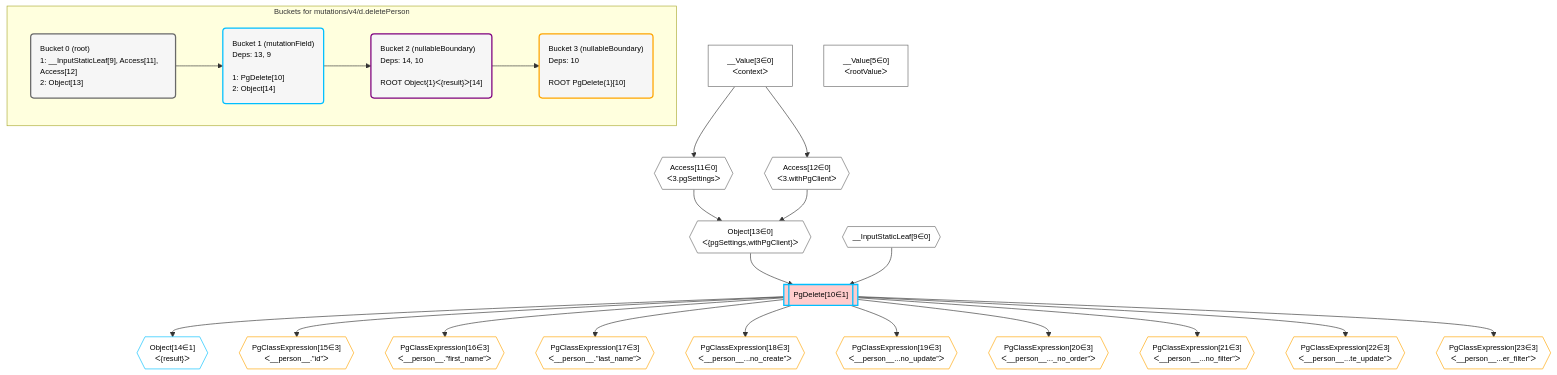
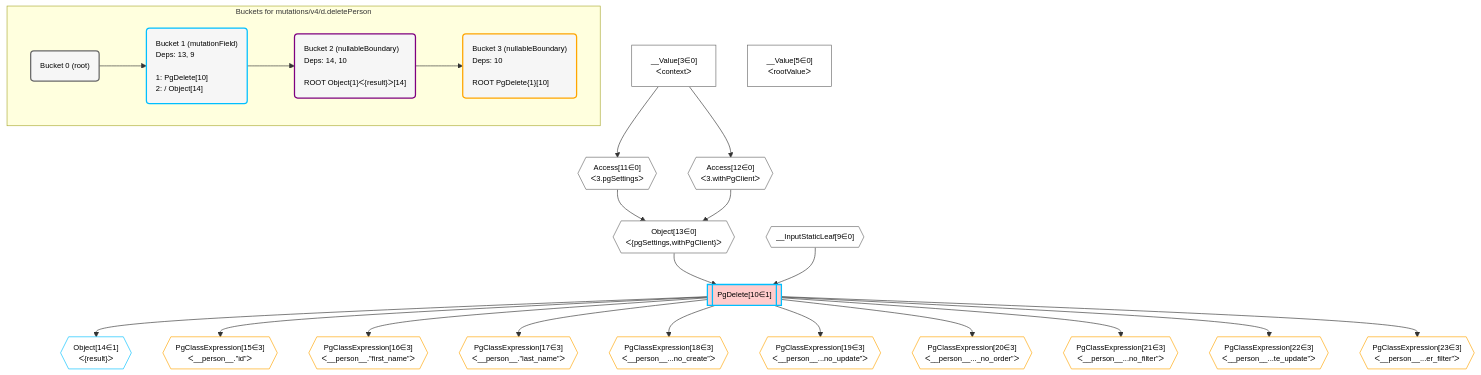
The diagram in postgraphile/postgraphile/__tests__/mutations/v4/d.deletePerson.mermaid (graphile/crystal), drawn with Mermaid before and after one commit. The commit also changed 183 other files, not shown here.

```diff
--- a/postgraphile/postgraphile/__tests__/mutations/v4/d.deletePerson.mermaid
+++ b/postgraphile/postgraphile/__tests__/mutations/v4/d.deletePerson.mermaid
@@ -1,62 +1,62 @@
 %%{init: {'themeVariables': { 'fontSize': '12px'}}}%%
 graph TD
     classDef path fill:#eee,stroke:#000,color:#000
     classDef plan fill:#fff,stroke-width:1px,color:#000
     classDef itemplan fill:#fff,stroke-width:2px,color:#000
     classDef unbatchedplan fill:#dff,stroke-width:1px,color:#000
     classDef sideeffectplan fill:#fcc,stroke-width:2px,color:#000
     classDef bucket fill:#f6f6f6,color:#000,stroke-width:2px,text-align:left
 
 
     %% define steps
     __Value3["__Value[3∈0]<br />ᐸcontextᐳ"]:::plan
     __Value5["__Value[5∈0]<br />ᐸrootValueᐳ"]:::plan
     __InputStaticLeaf9{{"__InputStaticLeaf[9∈0]"}}:::plan
     Access11{{"Access[11∈0]<br />ᐸ3.pgSettingsᐳ"}}:::plan
     Access12{{"Access[12∈0]<br />ᐸ3.withPgClientᐳ"}}:::plan
     Object13{{"Object[13∈0]<br />ᐸ{pgSettings,withPgClient}ᐳ"}}:::plan
     PgDelete10[["PgDelete[10∈1]"]]:::sideeffectplan
     Object14{{"Object[14∈1]<br />ᐸ{result}ᐳ"}}:::plan
     PgClassExpression15{{"PgClassExpression[15∈3]<br />ᐸ__person__.”id”ᐳ"}}:::plan
     PgClassExpression16{{"PgClassExpression[16∈3]<br />ᐸ__person__.”first_name”ᐳ"}}:::plan
     PgClassExpression17{{"PgClassExpression[17∈3]<br />ᐸ__person__.”last_name”ᐳ"}}:::plan
     PgClassExpression18{{"PgClassExpression[18∈3]<br />ᐸ__person__...no_create”ᐳ"}}:::plan
     PgClassExpression19{{"PgClassExpression[19∈3]<br />ᐸ__person__...no_update”ᐳ"}}:::plan
     PgClassExpression20{{"PgClassExpression[20∈3]<br />ᐸ__person__..._no_order”ᐳ"}}:::plan
     PgClassExpression21{{"PgClassExpression[21∈3]<br />ᐸ__person__...no_filter”ᐳ"}}:::plan
     PgClassExpression22{{"PgClassExpression[22∈3]<br />ᐸ__person__...te_update”ᐳ"}}:::plan
     PgClassExpression23{{"PgClassExpression[23∈3]<br />ᐸ__person__...er_filter”ᐳ"}}:::plan
 
     %% plan dependencies
     __Value3 --> Access11
     __Value3 --> Access12
     Access11 & Access12 --> Object13
     Object13 & __InputStaticLeaf9 --> PgDelete10
     PgDelete10 --> Object14
     PgDelete10 --> PgClassExpression15
     PgDelete10 --> PgClassExpression16
     PgDelete10 --> PgClassExpression17
     PgDelete10 --> PgClassExpression18
     PgDelete10 --> PgClassExpression19
     PgDelete10 --> PgClassExpression20
     PgDelete10 --> PgClassExpression21
     PgDelete10 --> PgClassExpression22
     PgDelete10 --> PgClassExpression23
 
     subgraph "Buckets for mutations/v4/d.deletePerson"
-    Bucket0("Bucket 0 (root)<br />1: __InputStaticLeaf[9], Access[11], Access[12]<br />2: Object[13]"):::bucket
+    Bucket0("Bucket 0 (root)"):::bucket
     classDef bucket0 stroke:#696969
     class Bucket0,__Value3,__Value5,__InputStaticLeaf9,Access11,Access12,Object13 bucket0
-    Bucket1("Bucket 1 (mutationField)<br />Deps: 13, 9<br /><br />1: PgDelete[10]<br />2: Object[14]"):::bucket
+    Bucket1("Bucket 1 (mutationField)<br />Deps: 13, 9<br /><br />1: PgDelete[10]<br />2:  / Object[14]"):::bucket
     classDef bucket1 stroke:#00bfff
     class Bucket1,PgDelete10,Object14 bucket1
     Bucket2("Bucket 2 (nullableBoundary)<br />Deps: 14, 10<br /><br />ROOT Object{1}ᐸ{result}ᐳ[14]"):::bucket
     classDef bucket2 stroke:#7f007f
     class Bucket2 bucket2
     Bucket3("Bucket 3 (nullableBoundary)<br />Deps: 10<br /><br />ROOT PgDelete{1}[10]"):::bucket
     classDef bucket3 stroke:#ffa500
     class Bucket3,PgClassExpression15,PgClassExpression16,PgClassExpression17,PgClassExpression18,PgClassExpression19,PgClassExpression20,PgClassExpression21,PgClassExpression22,PgClassExpression23 bucket3
     Bucket0 --> Bucket1
     Bucket1 --> Bucket2
     Bucket2 --> Bucket3
     end
```
